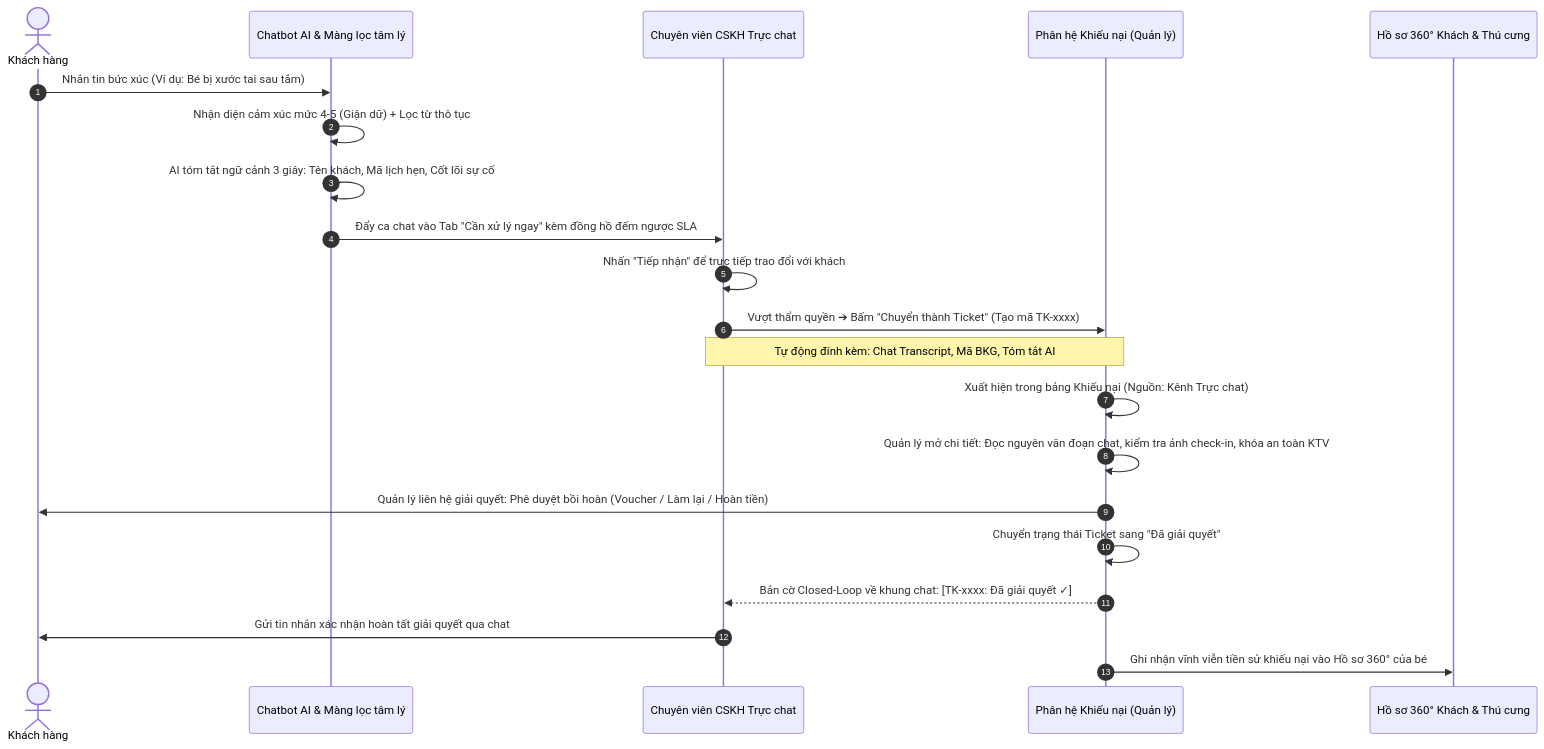
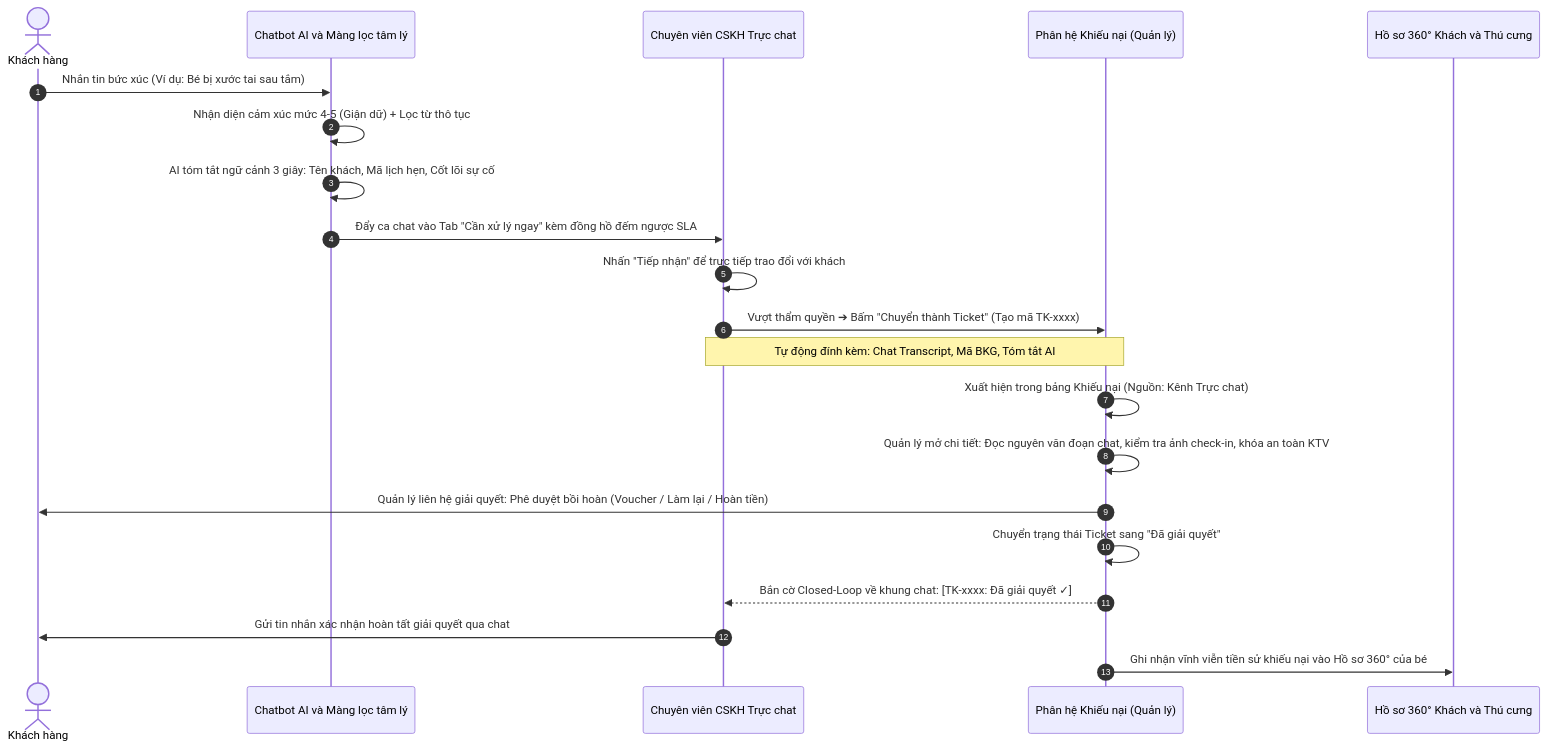
One commit to lleewyn/Pawpal changed the sixth of 7 diagrams in HUONG_DAN_LUONG_NGHIEP_VU_PAWPAL.md. Above: the diagram before and after it, drawn with Mermaid. The commit also changed other lines of this file and 26 other files, not shown here.

````diff
--- a/HUONG_DAN_LUONG_NGHIEP_VU_PAWPAL.md
+++ b/HUONG_DAN_LUONG_NGHIEP_VU_PAWPAL.md
@@ -197,24 +217,24 @@
 ```mermaid
 sequenceDiagram
     autonumber
     actor Khach as Khách hàng
-    participant Bot as Chatbot AI & Màng lọc tâm lý
+    participant Bot as Chatbot AI và Màng lọc tâm lý
     participant CSKH as Chuyên viên CSKH Trực chat
     participant Comp as Phân hệ Khiếu nại (Quản lý)
-    participant CRM as Hồ sơ 360° Khách & Thú cưng
+    participant CRM as Hồ sơ 360° Khách và Thú cưng
 
     Khach->>Bot: Nhắn tin bức xúc (Ví dụ: Bé bị xước tai sau tắm)
     Bot->>Bot: Nhận diện cảm xúc mức 4-5 (Giận dữ) + Lọc từ thô tục
     Bot->>Bot: AI tóm tắt ngữ cảnh 3 giây: Tên khách, Mã lịch hẹn, Cốt lõi sự cố
     Bot->>CSKH: Đẩy ca chat vào Tab "Cần xử lý ngay" kèm đồng hồ đếm ngược SLA
     CSKH->>CSKH: Nhấn "Tiếp nhận" để trực tiếp trao đổi với khách
     CSKH->>Comp: Vượt thẩm quyền ➔ Bấm "Chuyển thành Ticket" (Tạo mã TK-xxxx)
     Note over CSKH,Comp: Tự động đính kèm: Chat Transcript, Mã BKG, Tóm tắt AI
     Comp->>Comp: Xuất hiện trong bảng Khiếu nại (Nguồn: Kênh Trực chat)
     Comp->>Comp: Quản lý mở chi tiết: Đọc nguyên văn đoạn chat, kiểm tra ảnh check-in, khóa an toàn KTV
     Comp->>Khach: Quản lý liên hệ giải quyết: Phê duyệt bồi hoàn (Voucher / Làm lại / Hoàn tiền)
     Comp->>Comp: Chuyển trạng thái Ticket sang "Đã giải quyết"
     Comp-->>CSKH: Bắn cờ Closed-Loop về khung chat: [TK-xxxx: Đã giải quyết ✓]
     CSKH->>Khach: Gửi tin nhắn xác nhận hoàn tất giải quyết qua chat
     Comp->>CRM: Ghi nhận vĩnh viễn tiền sử khiếu nại vào Hồ sơ 360° của bé
 ```
````
